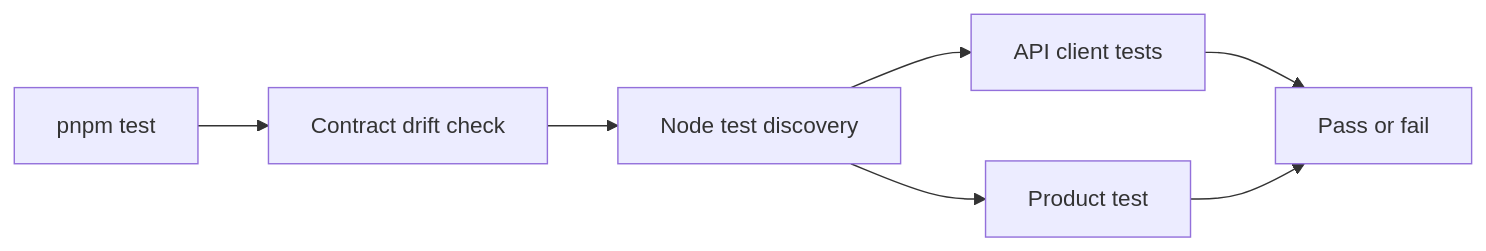
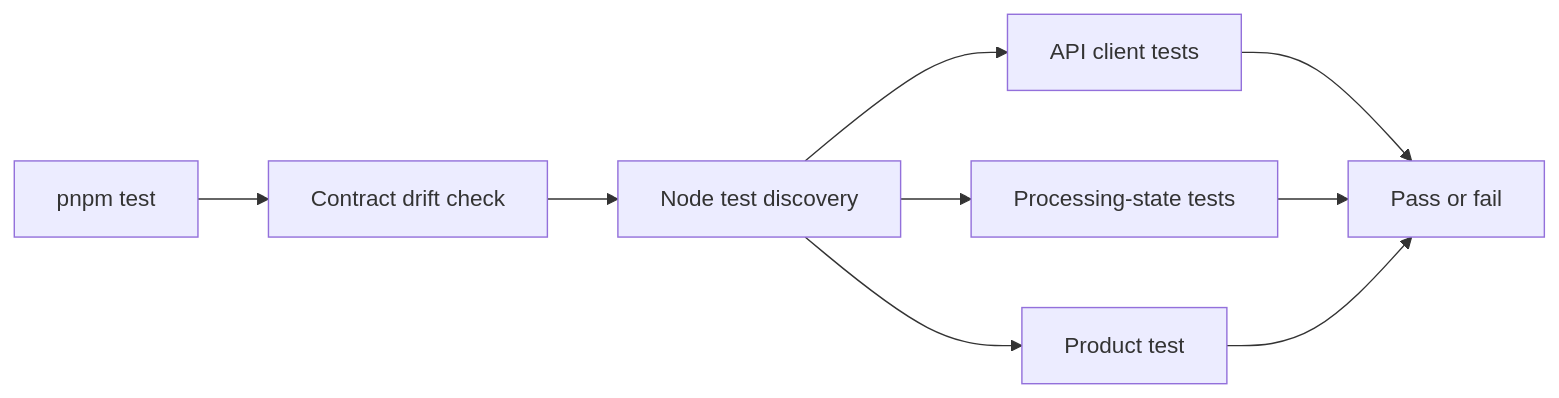
Before and after one commit to rnkraus/investment-research: the diagram in frontend/tests/README.md, drawn with Mermaid. The commit also changed other lines of this file and 1 other file, not shown here.

Commit message:
docs: update frontend processing lifecycle

````diff
--- a/frontend/tests/README.md
+++ b/frontend/tests/README.md
@@ -13,9 +14,11 @@
 ```mermaid
 flowchart LR
     TEST[pnpm test] --> CONTRACT[Contract drift check]
     CONTRACT --> DISCOVERY[Node test discovery]
     DISCOVERY --> API[API client tests]
+    DISCOVERY --> PROCESSING[Processing-state tests]
     DISCOVERY --> PRODUCT[Product test]
     API --> RESULT[Pass or fail]
+    PROCESSING --> RESULT
     PRODUCT --> RESULT
 ```
````
